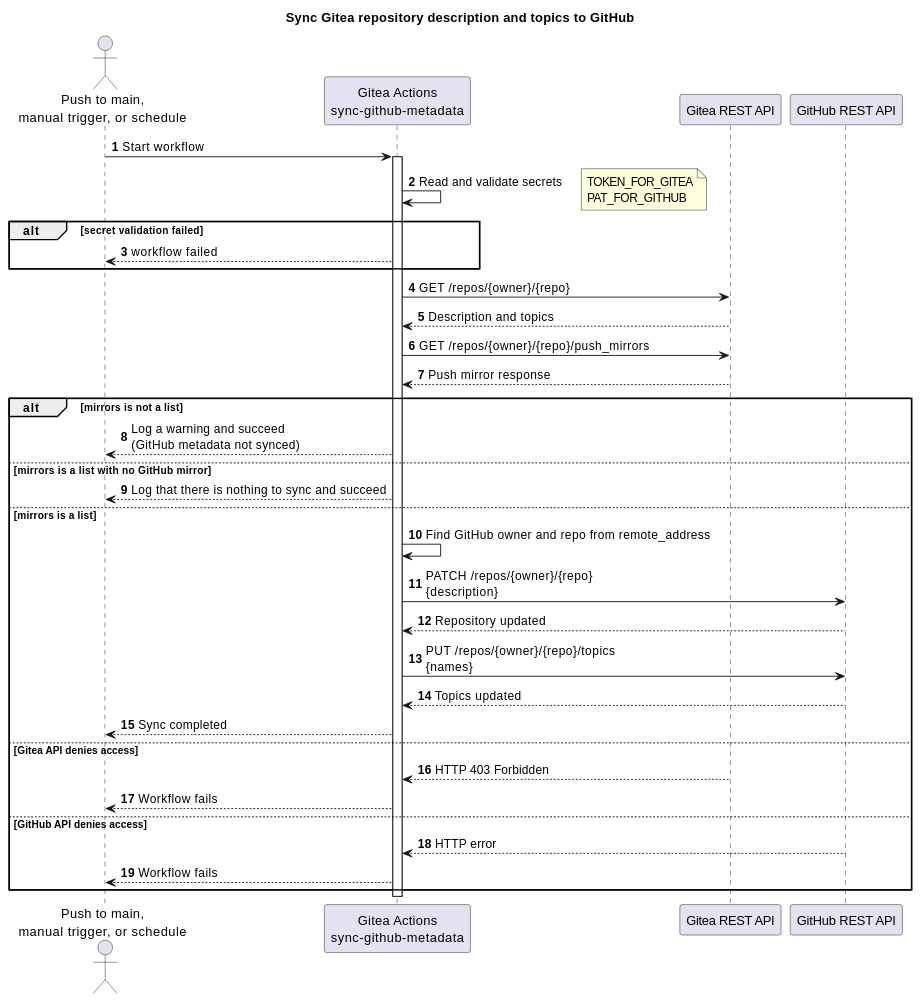
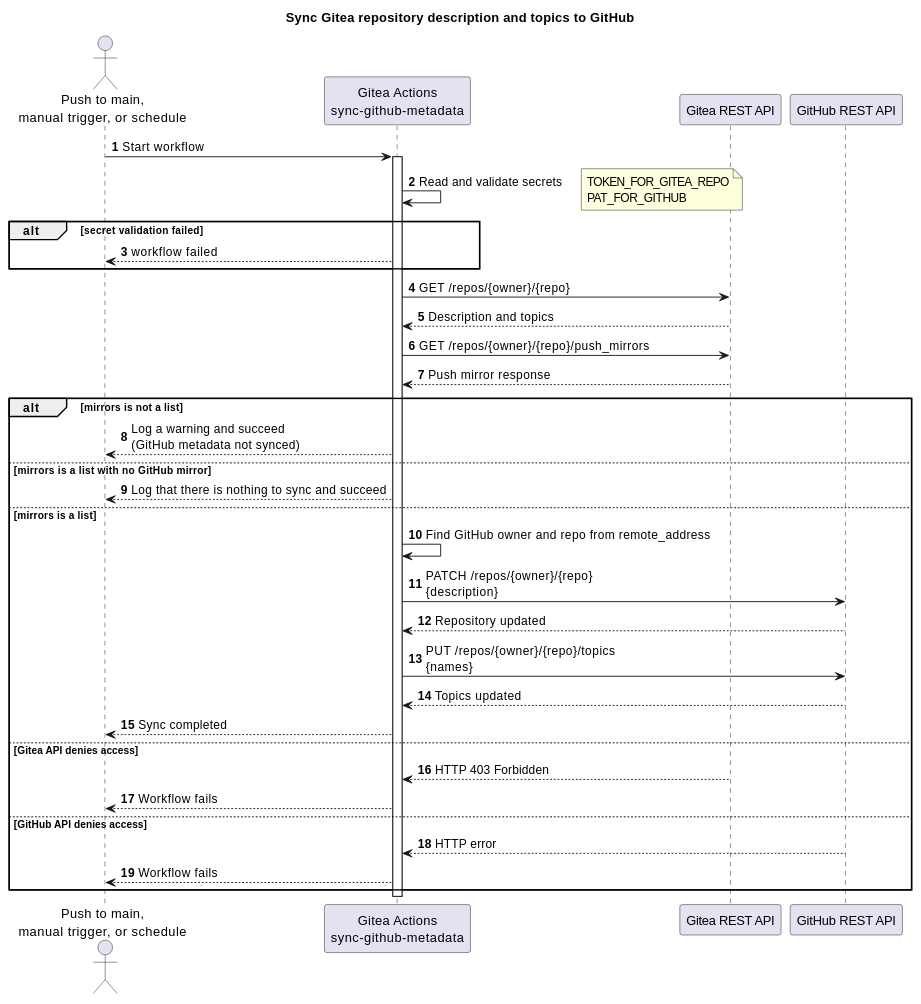
One commit to TirSystem/git-workflows changed the first of 10 diagrams in README.md. Above: the diagram before and after it, drawn with PlantUML. The commit also changed other lines of this file and 23 other files, not shown here.

First line of the commit message:
Name the Gitea secrets TOKEN_FOR_<host>_<purpose>

````diff
--- a/README.md
+++ b/README.md
@@ -51,55 +51,55 @@
 ```plantuml
 @startuml
 title Sync Gitea repository description and topics to GitHub
 
 autonumber
 
 actor "Push to main,\nmanual trigger, or schedule" as Trigger
 participant "Gitea Actions\nsync-github-metadata" as Workflow
 participant "Gitea REST API" as Gitea
 participant "GitHub REST API" as GitHub
 
 Trigger -> Workflow: Start workflow
 activate Workflow
 
 Workflow -> Workflow: Read and validate secrets
 note right
-TOKEN_FOR_GITEA
+TOKEN_FOR_GITEA_REPO
 PAT_FOR_GITHUB
 end note
 
 alt secret validation failed
   Workflow --> Trigger: workflow failed
 end
 
 
 Workflow -> Gitea: GET /repos/{owner}/{repo}
 Gitea --> Workflow: Description and topics
 
 Workflow -> Gitea: GET /repos/{owner}/{repo}/push_mirrors
 Gitea --> Workflow: Push mirror response
 
 alt mirrors is not a list
     Workflow --> Trigger: Log a warning and succeed\n(GitHub metadata not synced)
 else mirrors is a list with no GitHub mirror
     Workflow --> Trigger: Log that there is nothing to sync and succeed
 else mirrors is a list
     Workflow -> Workflow: Find GitHub owner and repo from remote_address
 
     Workflow -> GitHub: PATCH /repos/{owner}/{repo}\n{description}
     GitHub --> Workflow: Repository updated
 
     Workflow -> GitHub: PUT /repos/{owner}/{repo}/topics\n{names}
     GitHub --> Workflow: Topics updated
 
     Workflow --> Trigger: Sync completed
 else Gitea API denies access
     Gitea --> Workflow: HTTP 403 Forbidden
     Workflow --> Trigger: Workflow fails
 else GitHub API denies access
     GitHub --> Workflow: HTTP error
     Workflow --> Trigger: Workflow fails
 end
 deactivate Workflow
 @enduml
 ```
````
